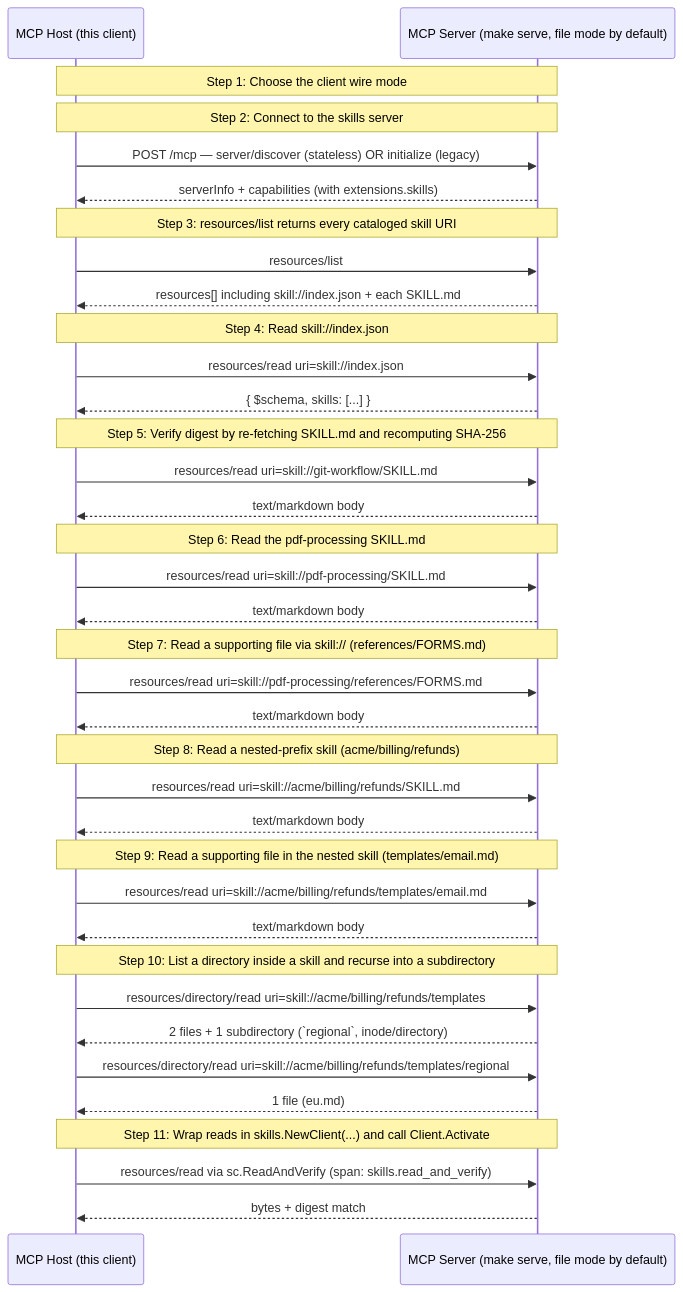
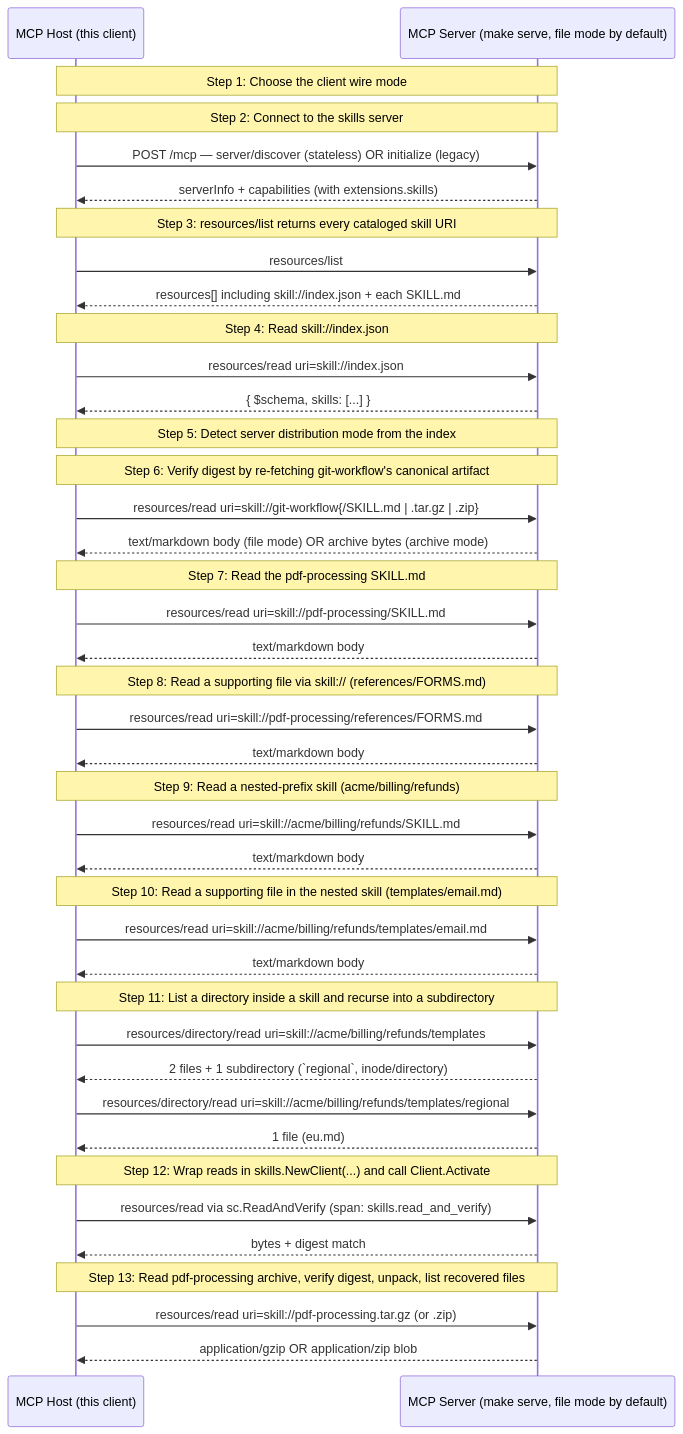
One commit to panyam/mcpkit changed the diagram in examples/skills/WALKTHROUGH.md. Above: the diagram before and after it, drawn with Mermaid. The commit also changed other lines of this file and 9 other files, not shown here.

First line of the commit message:
ext/skills: harden ParseURI + branch the walkthrough on detected mode

````diff
--- a/examples/skills/WALKTHROUGH.md
+++ b/examples/skills/WALKTHROUGH.md
@@ -21,49 +23,55 @@
 ```mermaid
 sequenceDiagram
     participant Host as MCP Host (this client)
     participant Server as MCP Server (make serve, file mode by default)
 
     Note over Host,Server: Step 1: Choose the client wire mode
 
     Note over Host,Server: Step 2: Connect to the skills server
     Host->>Server: POST /mcp — server/discover (stateless) OR initialize (legacy)
     Server-->>Host: serverInfo + capabilities (with extensions.skills)
 
     Note over Host,Server: Step 3: resources/list returns every cataloged skill URI
     Host->>Server: resources/list
     Server-->>Host: resources[] including skill://index.json + each SKILL.md
 
     Note over Host,Server: Step 4: Read skill://index.json
     Host->>Server: resources/read uri=skill://index.json
     Server-->>Host: { $schema, skills: [...] }
 
-    Note over Host,Server: Step 5: Verify digest by re-fetching SKILL.md and recomputing SHA-256
-    Host->>Server: resources/read uri=skill://git-workflow/SKILL.md
-    Server-->>Host: text/markdown body
+    Note over Host,Server: Step 5: Detect server distribution mode from the index
 
-    Note over Host,Server: Step 6: Read the pdf-processing SKILL.md
+    Note over Host,Server: Step 6: Verify digest by re-fetching git-workflow's canonical artifact
+    Host->>Server: resources/read uri=skill://git-workflow{/SKILL.md | .tar.gz | .zip}
+    Server-->>Host: text/markdown body (file mode) OR archive bytes (archive mode)
+
+    Note over Host,Server: Step 7: Read the pdf-processing SKILL.md
     Host->>Server: resources/read uri=skill://pdf-processing/SKILL.md
     Server-->>Host: text/markdown body
 
-    Note over Host,Server: Step 7: Read a supporting file via skill:// (references/FORMS.md)
+    Note over Host,Server: Step 8: Read a supporting file via skill:// (references/FORMS.md)
     Host->>Server: resources/read uri=skill://pdf-processing/references/FORMS.md
     Server-->>Host: text/markdown body
 
-    Note over Host,Server: Step 8: Read a nested-prefix skill (acme/billing/refunds)
+    Note over Host,Server: Step 9: Read a nested-prefix skill (acme/billing/refunds)
     Host->>Server: resources/read uri=skill://acme/billing/refunds/SKILL.md
     Server-->>Host: text/markdown body
 
-    Note over Host,Server: Step 9: Read a supporting file in the nested skill (templates/email.md)
+    Note over Host,Server: Step 10: Read a supporting file in the nested skill (templates/email.md)
     Host->>Server: resources/read uri=skill://acme/billing/refunds/templates/email.md
     Server-->>Host: text/markdown body
 
-    Note over Host,Server: Step 10: List a directory inside a skill and recurse into a subdirectory
+    Note over Host,Server: Step 11: List a directory inside a skill and recurse into a subdirectory
     Host->>Server: resources/directory/read uri=skill://acme/billing/refunds/templates
     Server-->>Host: 2 files + 1 subdirectory (`regional`, inode/directory)
     Host->>Server: resources/directory/read uri=skill://acme/billing/refunds/templates/regional
     Server-->>Host: 1 file (eu.md)
 
-    Note over Host,Server: Step 11: Wrap reads in skills.NewClient(...) and call Client.Activate
+    Note over Host,Server: Step 12: Wrap reads in skills.NewClient(...) and call Client.Activate
     Host->>Server: resources/read via sc.ReadAndVerify (span: skills.read_and_verify)
     Server-->>Host: bytes + digest match
+
+    Note over Host,Server: Step 13: Read pdf-processing archive, verify digest, unpack, list recovered files
+    Host->>Server: resources/read uri=skill://pdf-processing.tar.gz (or .zip)
+    Server-->>Host: application/gzip OR application/zip blob
 ```
````
